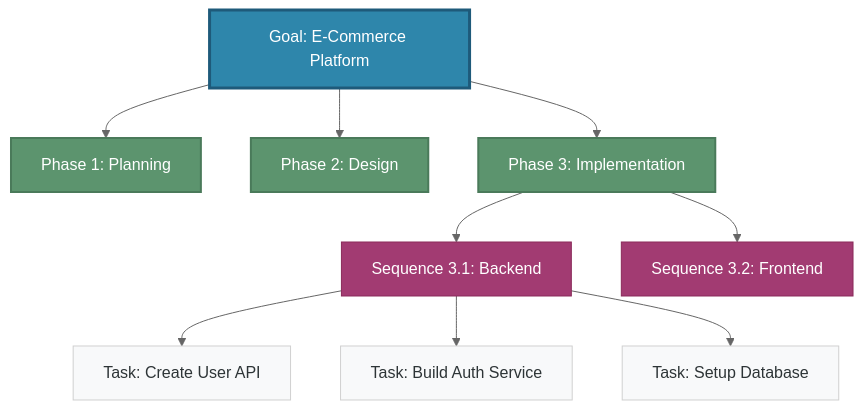
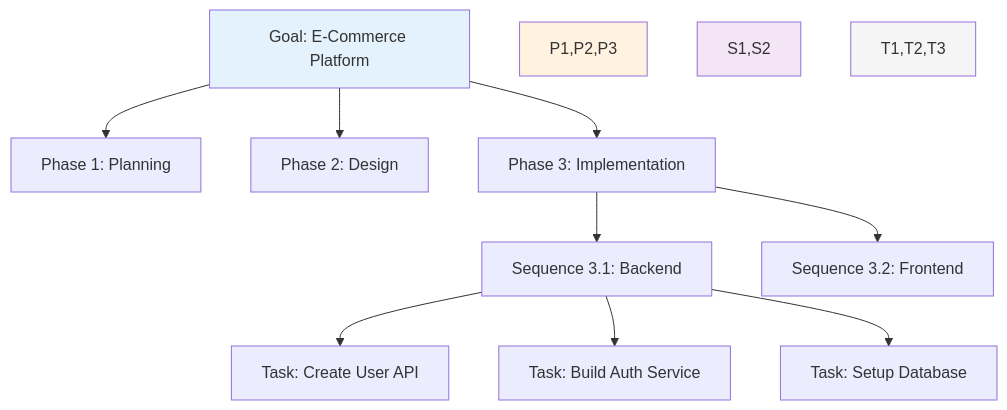
Before and after one commit to lancekrogers/festival-methodology: the second of 4 diagrams in README.md, drawn with Mermaid. The commit also changed other lines of this file, not shown here.

Commit message:
adjust mermaid diagram color scheme

````diff
--- a/README.md
+++ b/README.md
@@ -74,25 +73,19 @@
 ```mermaid
-%%{init: {'theme':'neutral', 'themeVariables': { 'fontSize':'16px'}}}%%
 graph TD
     G[Goal: E-Commerce Platform]
     G --> P1[Phase 1: Planning]
     G --> P2[Phase 2: Design]
     G --> P3[Phase 3: Implementation]
 
     P3 --> S1[Sequence 3.1: Backend]
     P3 --> S2[Sequence 3.2: Frontend]
 
     S1 --> T1[Task: Create User API]
     S1 --> T2[Task: Build Auth Service]
     S1 --> T3[Task: Setup Database]
 
-    classDef goalClass fill:#2E86AB,stroke:#1e5a7a,stroke-width:3px,color:#fff
-    classDef phaseClass fill:#5c946e,stroke:#4a7a5a,stroke-width:2px,color:#fff
-    classDef seqClass fill:#a23b72,stroke:#8a2a5a,stroke-width:1px,color:#fff
-    classDef taskClass fill:#f8f9fa,stroke:#d0d0d0,stroke-width:1px,color:#2d3436
-
-    class G goalClass
-    class P1,P2,P3 phaseClass
-    class S1,S2 seqClass
-    class T1,T2,T3 taskClass
+    style G fill:#e3f2fd
+    style P1,P2,P3 fill:#fff3e0
+    style S1,S2 fill:#f3e5f5
+    style T1,T2,T3 fill:#f5f5f5
 ```
````
